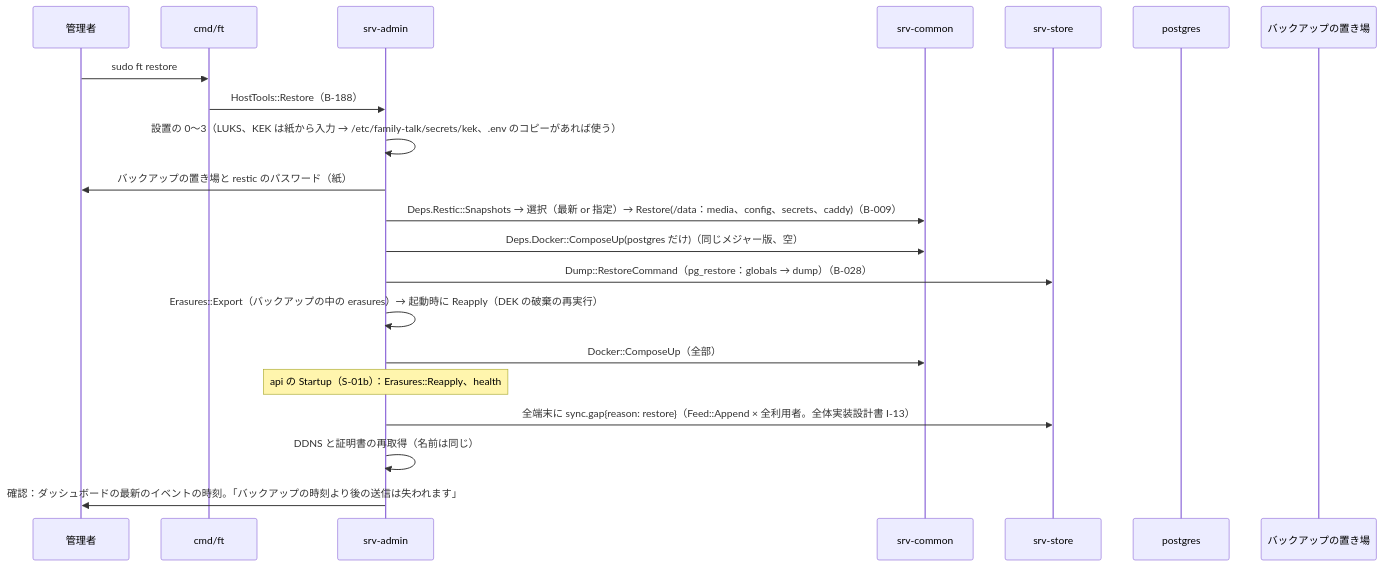
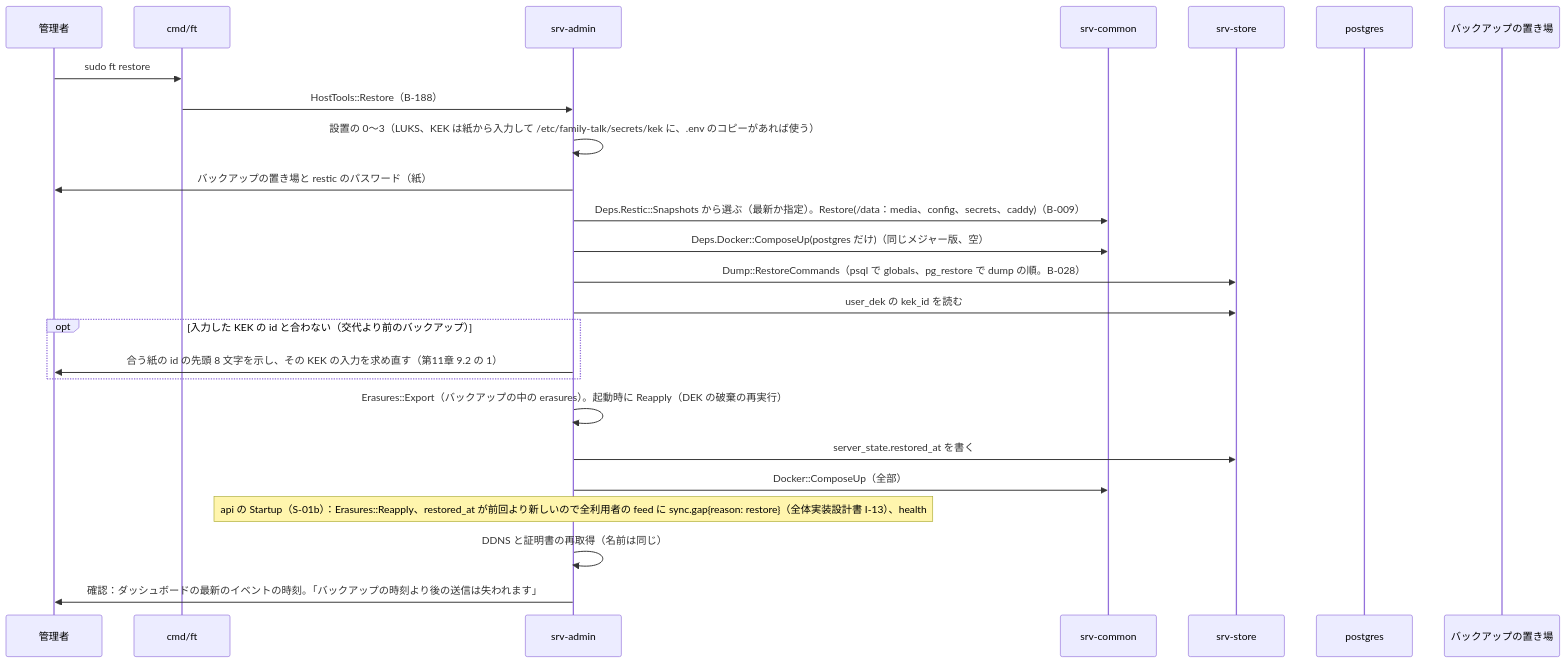
The first of 4 diagrams in dev/docs/jp/シーケンス/13_保守.md (nrsd-ishikawasou/family-talk-pwa), drawn with Mermaid before and after one commit. The commit also changed other lines of this file and 290 other files, not shown here.

````diff
--- a/dev/docs/jp/シーケンス/13_保守.md
+++ b/dev/docs/jp/シーケンス/13_保守.md
@@ -10,23 +16,27 @@
 ```mermaid
 sequenceDiagram
   participant U as 管理者
   participant CF as cmd/ft
   participant AD as srv-admin
   participant CM as srv-common
   participant ST as srv-store
   participant PG as postgres
   participant EXT as バックアップの置き場
   U->>CF: sudo ft restore
   CF->>AD: HostTools::Restore（B-188）
-  AD->>AD: 設置の 0〜3（LUKS、KEK は紙から入力 → /etc/family-talk/secrets/kek、.env のコピーがあれば使う）
+  AD->>AD: 設置の 0〜3（LUKS、KEK は紙から入力して /etc/family-talk/secrets/kek に、.env のコピーがあれば使う）
   AD->>U: バックアップの置き場と restic のパスワード（紙）
-  AD->>CM: Deps.Restic::Snapshots → 選択（最新 or 指定）→ Restore(/data：media、config、secrets、caddy)（B-009）
+  AD->>CM: Deps.Restic::Snapshots から選ぶ（最新か指定）。Restore(/data：media、config、secrets、caddy)（B-009）
   AD->>CM: Deps.Docker::ComposeUp(postgres だけ)（同じメジャー版、空）
-  AD->>ST: Dump::RestoreCommand（pg_restore：globals → dump）（B-028）
-  AD->>AD: Erasures::Export（バックアップの中の erasures）→ 起動時に Reapply（DEK の破棄の再実行）
+  AD->>ST: Dump::RestoreCommands（psql で globals、pg_restore で dump の順。B-028）
+  AD->>ST: user_dek の kek_id を読む
+  opt 入力した KEK の id と合わない（交代より前のバックアップ）
+    AD->>U: 合う紙の id の先頭 8 文字を示し、その KEK の入力を求め直す（第11章 9.2 の 1）
+  end
+  AD->>AD: Erasures::Export（バックアップの中の erasures）。起動時に Reapply（DEK の破棄の再実行）
+  AD->>ST: server_state.restored_at を書く
   AD->>CM: Docker::ComposeUp（全部）
-  Note over AD: api の Startup（S-01b）：Erasures::Reapply、health
-  AD->>ST: 全端末に sync.gap{reason: restore}（Feed::Append × 全利用者。全体実装設計書 I-13）
+  Note over AD: api の Startup（S-01b）：Erasures::Reapply、restored_at が前回より新しいので全利用者の feed に sync.gap{reason: restore}（全体実装設計書 I-13）、health
   AD->>AD: DDNS と証明書の再取得（名前は同じ）
   AD->>U: 確認：ダッシュボードの最新のイベントの時刻。「バックアップの時刻より後の送信は失われます」
 ```
````
